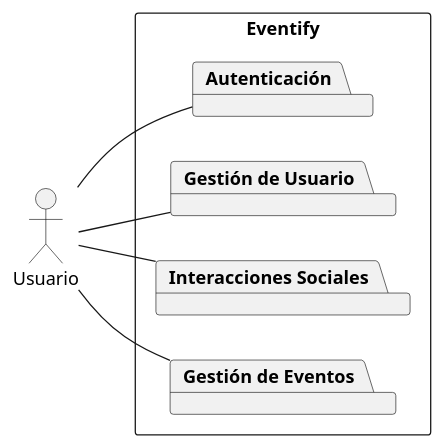
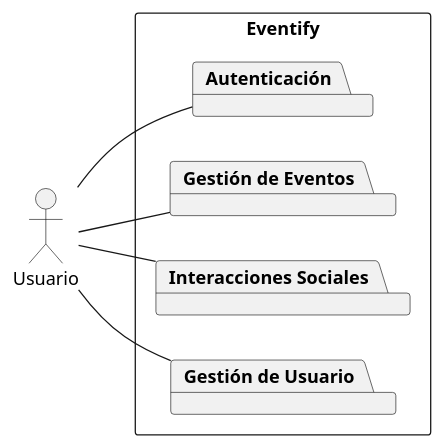
One commit to valeraruggierotesisucv/tesis-frameworks-mobile-diagrams changed the diagram in Requisitos/Casos de Uso/UseCaseDiagramPackages.plantuml. Above: the diagram before and after it, drawn with PlantUML. The commit also changed other lines of this file and 14 other files, not shown here.

Commit message:
Update use case diagrams: renumber and reorganize use case identifiers across event management, social interactions, and user management packages

```diff
--- a/Requisitos/Casos de Uso/UseCaseDiagramPackages.plantuml
+++ b/Requisitos/Casos de Uso/UseCaseDiagramPackages.plantuml
@@ -1,15 +1,15 @@
 @startuml UseCaseDiagramPackages
     left to right direction
     actor "Usuario" as usuario
     rectangle "Eventify" {
         package "Autenticación"
+        package "Gestión de Eventos"
+        package "Interacciones Sociales"
         package "Gestión de Usuario"
-        package "Interacciones Sociales"
-        package "Gestión de Eventos"
     }
 
     usuario -- "Autenticación"
+    usuario -- "Gestión de Eventos"
     usuario -- "Gestión de Usuario"
     usuario -- "Interacciones Sociales"
-    usuario -- "Gestión de Eventos"
 @enduml
```
